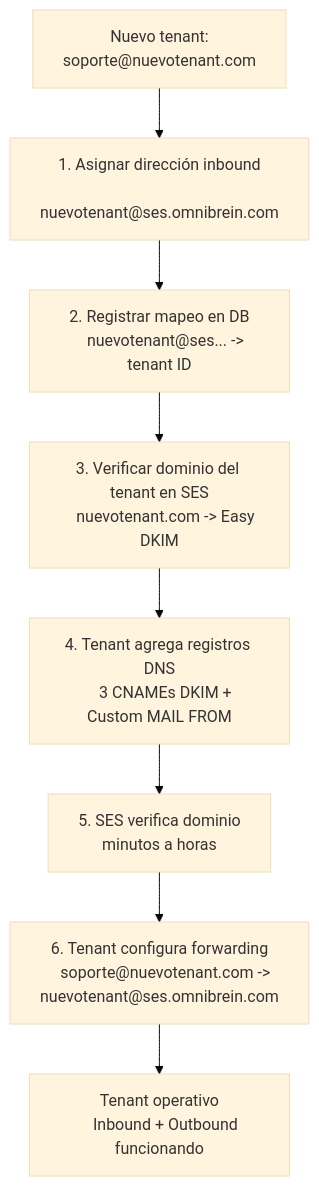
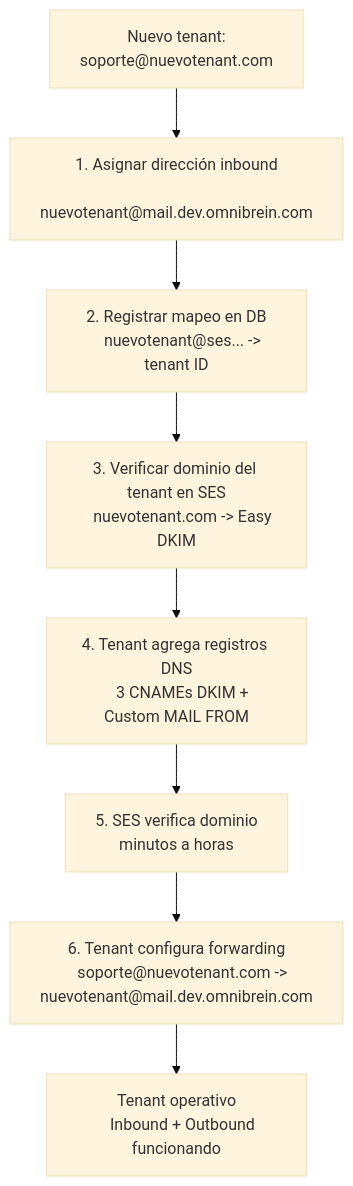
Before and after one commit to diego-serrano-kenility/omni-mail-channel-research: the fourth of 6 diagrams in findings-amazon-ses.md, drawn with Mermaid (base theme). The commit also changed other lines of this file and 2 other files, not shown here.

First line of the commit message:
Actualizar subdominio de mail a mail.dev.omnibrein.com y agregar diagrama de envío en A4

````diff
--- a/findings-amazon-ses.md
+++ b/findings-amazon-ses.md
@@ -578,18 +611,18 @@
 ```mermaid
 flowchart TD
     Start["Nuevo tenant:
     soporte@nuevotenant.com"] --> Step1["1. Asignar dirección inbound
-    nuevotenant@ses.omnibrein.com"]
+    nuevotenant@mail.dev.omnibrein.com"]
     Step1 --> Step2["2. Registrar mapeo en DB
     nuevotenant@ses... -> tenant ID"]
     Step2 --> Step3["3. Verificar dominio del tenant en SES
     nuevotenant.com -> Easy DKIM"]
     Step3 --> Step4["4. Tenant agrega registros DNS
     3 CNAMEs DKIM + Custom MAIL FROM"]
     Step4 --> Step5["5. SES verifica dominio
     minutos a horas"]
     Step5 --> Step6["6. Tenant configura forwarding
-    soporte@nuevotenant.com -> nuevotenant@ses.omnibrein.com"]
+    soporte@nuevotenant.com -> nuevotenant@mail.dev.omnibrein.com"]
     Step6 --> Done["Tenant operativo
     Inbound + Outbound funcionando"]
 ```
````
